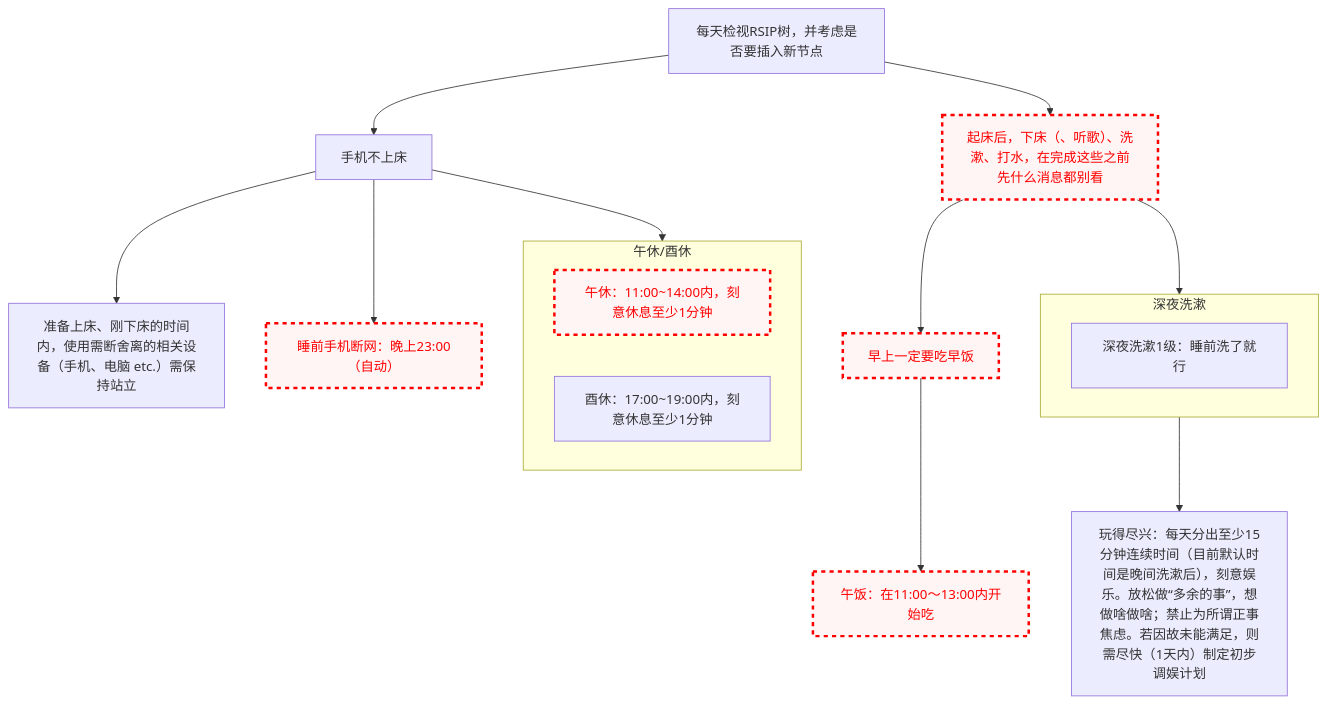
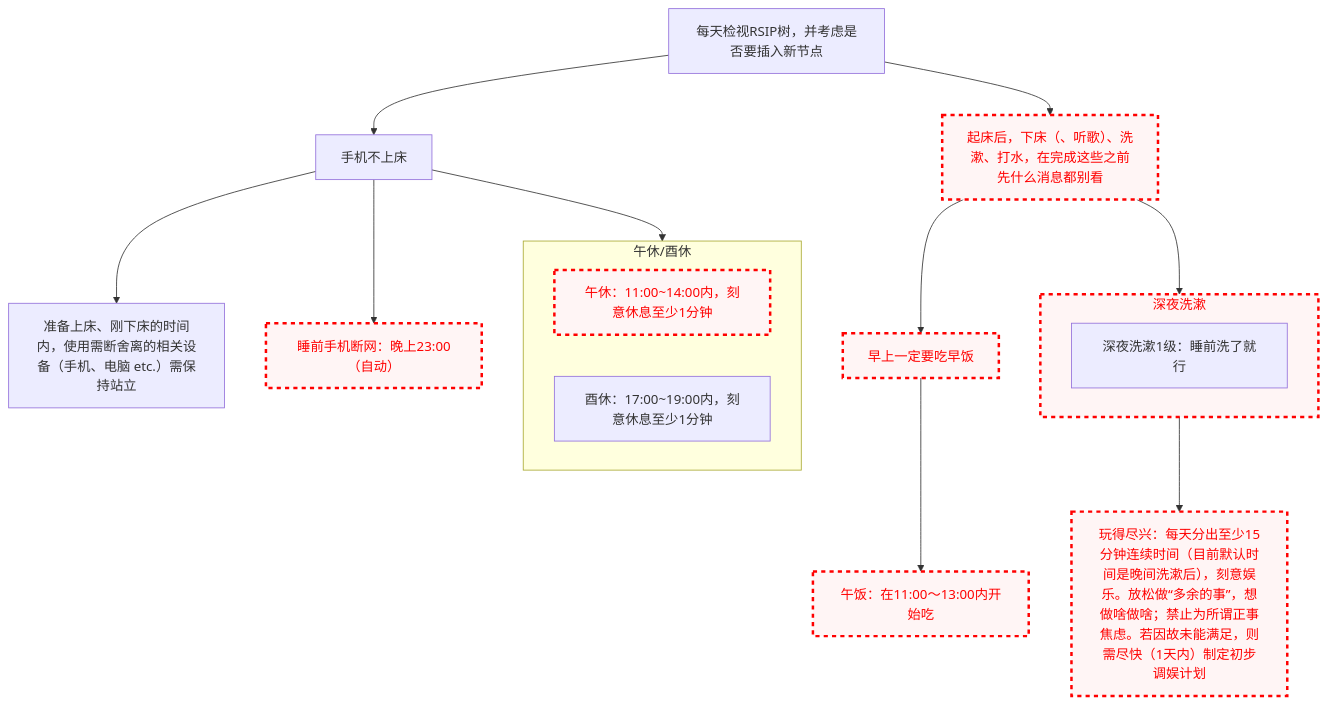
The diagram in README.md (Ethkuil/RSIP-tree), drawn with Mermaid before and after one commit.

````diff
--- a/README.md
+++ b/README.md
@@ -11,36 +11,38 @@
 ```mermaid
 graph TD
 
 classDef failed stroke:#ff0000, stroke-width:3px, color:#ff0000, fill:#fff5f5, stroke-dasharray: 5
 
 RSIP[每天检视RSIP树，并考虑是否要插入新节点]
 
 RSIP --> 手机不上床
 手机不上床 --> 站立使用[准备上床、刚下床的时间内，使用需断舍离的相关设备（手机、电脑 etc.）需保持站立]
 
 
 RSIP --> 清晨洗漱
 清晨洗漱[起床后，下床（、听歌）、洗漱、打水，在完成这些之前先什么消息都别看]
 class 清晨洗漱 failed
 
 清晨洗漱 --> 早饭[早上一定要吃早饭]
 class 早饭 failed
 早饭 --> 午饭[午饭：在11:00～13:00内开始吃]
 class 午饭 failed
 
 手机不上床 --> 午休/酉休
 subgraph 午休/酉休
   午休[午休：11:00~14:00内，刻意休息至少1分钟]
   酉休[酉休：17:00~19:00内，刻意休息至少1分钟]
   class 午休 failed
 end
 
 
 清晨洗漱 --> 深夜洗漱
+class 深夜洗漱 failed
 subgraph 深夜洗漱
   深夜洗漱1级[深夜洗漱1级：睡前洗了就行]
 end
 深夜洗漱 --> 玩得尽兴[玩得尽兴：每天分出至少15分钟连续时间（目前默认时间是晚间洗漱后），刻意娱乐。放松做“多余的事”，想做啥做啥；禁止为所谓正事焦虑。若因故未能满足，则需尽快（1天内）制定初步调娱计划]
+class 玩得尽兴 failed
 手机不上床 --> 睡前手机断网[睡前手机断网：晚上23:00（自动）]
 class 睡前手机断网 failed
 ```
````
